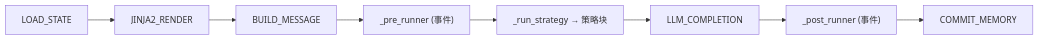
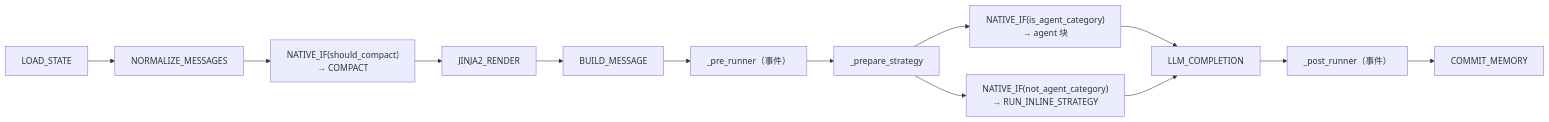
The first of 2 diagrams in docs/docs/zh/guide/advanced/workflow-engine.md (AmritaBot/AmritaCore), drawn with Mermaid before and after one commit. The commit also changed other lines of this file and 239 other files, not shown here.

````diff
--- a/docs/docs/zh/guide/advanced/workflow-engine.md
+++ b/docs/docs/zh/guide/advanced/workflow-engine.md
@@ -9,10 +9,15 @@
 ```mermaid
 flowchart LR
-    A["LOAD_STATE"] --> B["JINJA2_RENDER"]
+    A["LOAD_STATE"] --> N["NORMALIZE_MESSAGES"]
+    N --> Q["NATIVE_IF(should_compact)<br/>→ COMPACT"]
+    Q --> B["JINJA2_RENDER"]
     B --> C["BUILD_MESSAGE"]
-    C --> D["_pre_runner (事件)"]
-    D --> E["_run_strategy → 策略块"]
+    C --> D["_pre_runner（事件）"]
+    D --> P["_prepare_strategy"]
+    P --> E["NATIVE_IF(is_agent_category)<br/>→ agent 块"]
+    P --> E2["NATIVE_IF(not_agent_category)<br/>→ RUN_INLINE_STRATEGY"]
     E --> F["LLM_COMPLETION"]
-    F --> G["_post_runner (事件)"]
+    E2 --> F
+    F --> G["_post_runner（事件）"]
     G --> H["COMMIT_MEMORY"]
 ```
````
